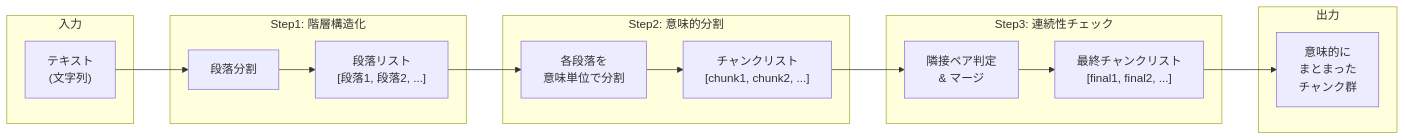
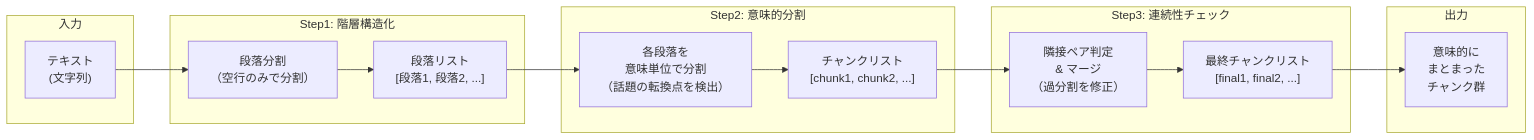
One commit to nakashima2toshio/gemini_grace_agent changed the second of 8 diagrams in chunking/doc/check_async.md. Above: the diagram before and after it, drawn with Mermaid. The commit also changed other lines of this file and 10 other files, not shown here.

````diff
--- a/chunking/doc/check_async.md
+++ b/chunking/doc/check_async.md
@@ -424,25 +548,25 @@
 ```mermaid
 flowchart LR
     subgraph Input["入力"]
         T["テキスト<br/>(文字列)"]
     end
 
     subgraph Step1["Step1: 階層構造化"]
-        T --> S1["段落分割"]
+        T --> S1["段落分割<br/>（空行のみで分割）"]
         S1 --> P["段落リスト<br/>[段落1, 段落2, ...]"]
     end
 
     subgraph Step2["Step2: 意味的分割"]
-        P --> S2["各段落を<br/>意味単位で分割"]
+        P --> S2["各段落を<br/>意味単位で分割<br/>（話題の転換点を検出）"]
         S2 --> C["チャンクリスト<br/>[chunk1, chunk2, ...]"]
     end
 
     subgraph Step3["Step3: 連続性チェック"]
-        C --> S3["隣接ペア判定<br/>& マージ"]
+        C --> S3["隣接ペア判定<br/>& マージ<br/>（過分割を修正）"]
         S3 --> F["最終チャンクリスト<br/>[final1, final2, ...]"]
     end
 
     subgraph Output["出力"]
         F --> O["意味的に<br/>まとまった<br/>チャンク群"]
     end
 ```
````
